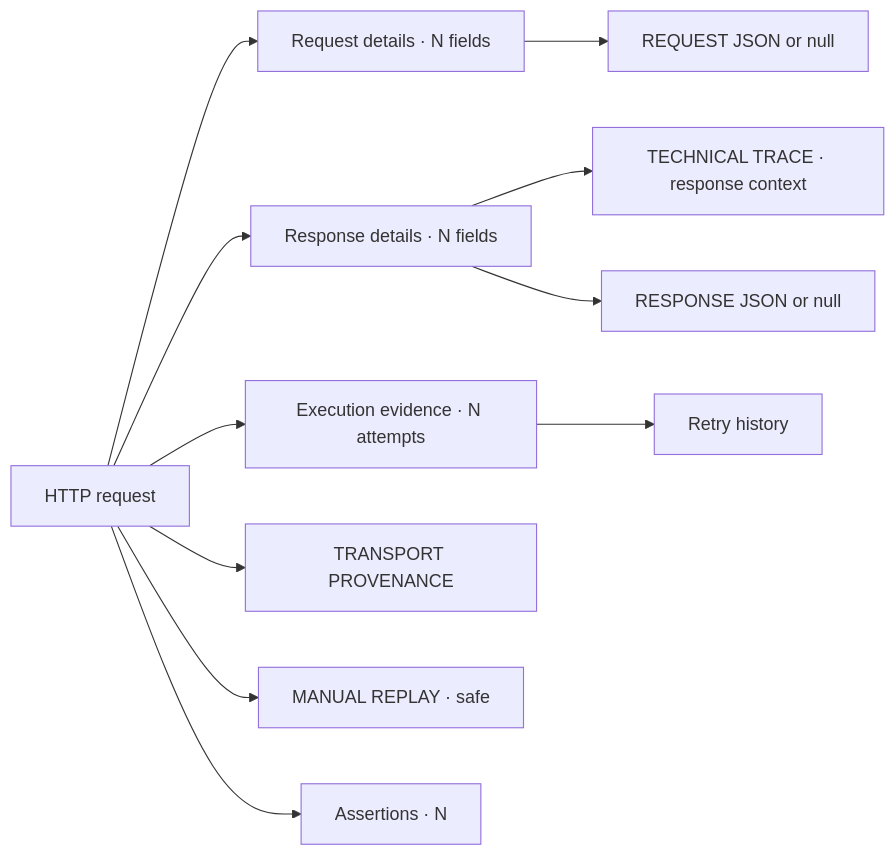
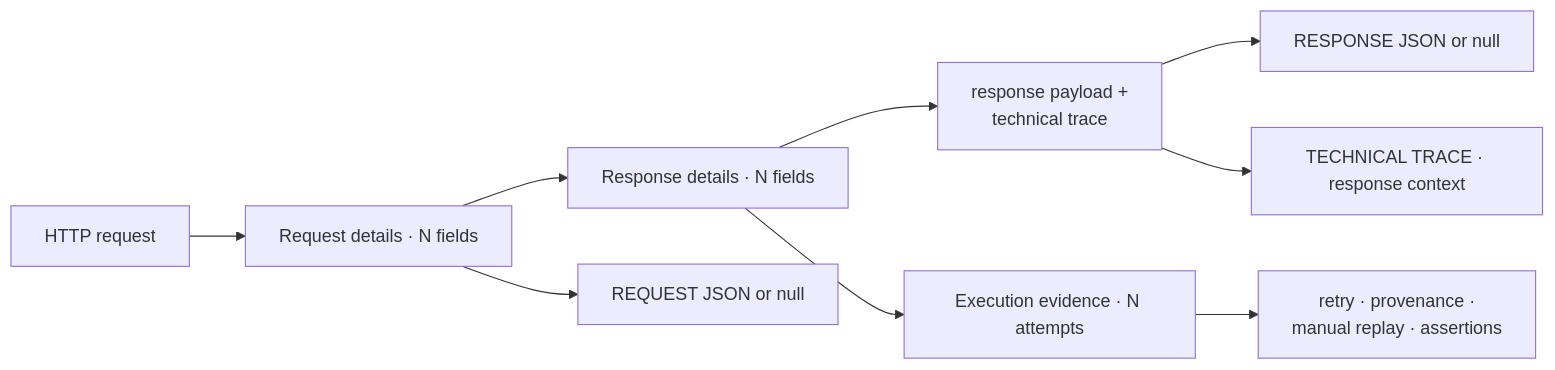
The second of 3 diagrams in docs/ATF_Reporting_Contract.md (crististefanita/demo2), drawn with Mermaid before and after one commit. The commit also changed other lines of this file and 107 other files, not shown here.

````diff
--- a/docs/ATF_Reporting_Contract.md
+++ b/docs/ATF_Reporting_Contract.md
@@ -121,13 +121,11 @@
 ```mermaid
 flowchart LR
     Request[HTTP request] --> RequestDetails[Request details · N fields]
-    Request --> Details[Response details · N fields]
-    Details --> Trace[TECHNICAL TRACE · response context]
-    Details --> ResponseBody[RESPONSE JSON or null]
+    RequestDetails --> ResponseDetails[Response details · N fields]
     RequestDetails --> RequestBody[REQUEST JSON or null]
-    Request --> Execution[Execution evidence · N attempts]
-    Execution --> Retry[Retry history]
-    Request --> Provenance[TRANSPORT PROVENANCE]
-    Request --> Replay[MANUAL REPLAY · safe]
-    Request --> Assertions[Assertions · N]
+    ResponseDetails --> ResponseEvidence[response payload +<br/>technical trace]
+    ResponseDetails --> Execution[Execution evidence · N attempts]
+    ResponseEvidence --> ResponseBody[RESPONSE JSON or null]
+    ResponseEvidence --> Trace[TECHNICAL TRACE · response context]
+    Execution --> ExecutionContext[retry · provenance ·<br/>manual replay · assertions]
 ```
````
